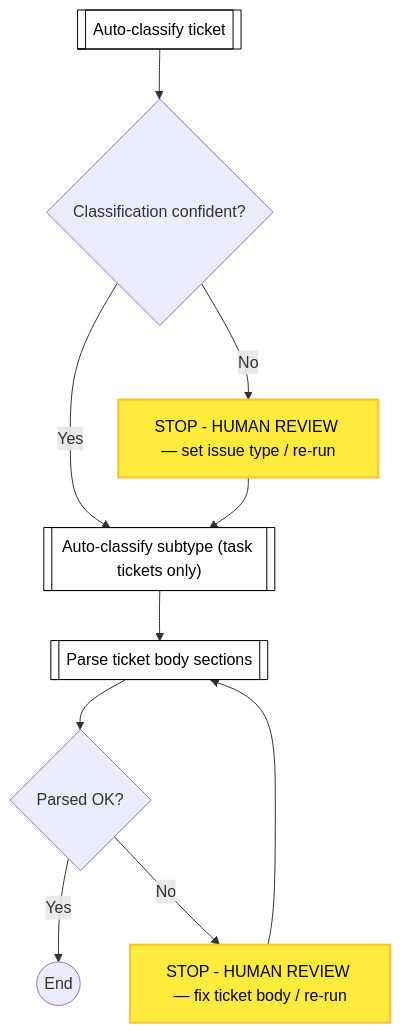
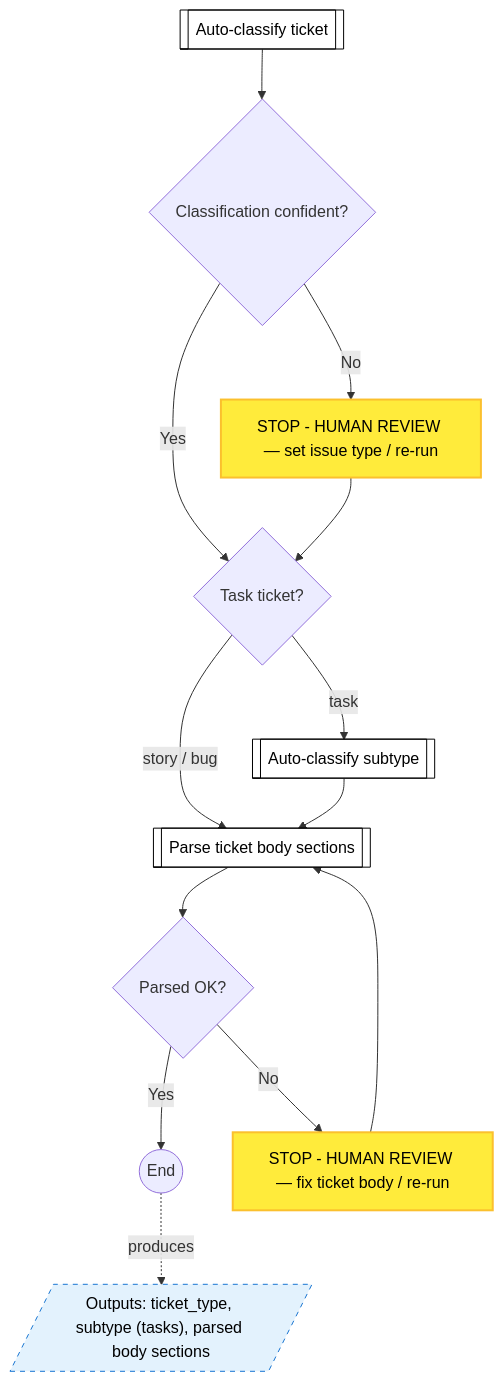
The second of 12 diagrams in docs/process-diagram.md (optivem/gh-optivem), drawn with Mermaid before and after one commit. The commit also changed 5 other files, not shown here.

Commit message:
atdd: make intake's task-vs-behavioral branch explicit (GATE_NEEDS_SUBTYPE) and add subprocess outputs annotation

````diff
--- a/docs/process-diagram.md
+++ b/docs/process-diagram.md
@@ -35,27 +35,35 @@
 ```mermaid
 flowchart TD
     CLASSIFY[[Auto-classify ticket]]
-    CLASSIFY_SUBTYPE[["Auto-classify subtype (task tickets only)"]]
+    CLASSIFY_SUBTYPE[[Auto-classify subtype]]
     GATE_CLASSIFY_CONFIDENT{Classification confident?}
+    GATE_NEEDS_SUBTYPE{Task ticket?}
     GATE_PARSE_OK{Parsed OK?}
     INTAKE_END((End))
+    INTAKE_OUTPUTS[/"Outputs: ticket_type, subtype (tasks), parsed body sections"/]
     PARSE_BODY[[Parse ticket body sections]]
     STOP_CLASSIFY_CONFLICT[STOP - HUMAN REVIEW — set issue type / re-run]
     STOP_PARSE_ERROR[STOP - HUMAN REVIEW — fix ticket body / re-run]
 
     CLASSIFY --> GATE_CLASSIFY_CONFIDENT
-    GATE_CLASSIFY_CONFIDENT -- Yes --> CLASSIFY_SUBTYPE
+    GATE_CLASSIFY_CONFIDENT -- Yes --> GATE_NEEDS_SUBTYPE
     GATE_CLASSIFY_CONFIDENT -- No --> STOP_CLASSIFY_CONFLICT
-    STOP_CLASSIFY_CONFLICT --> CLASSIFY_SUBTYPE
+    STOP_CLASSIFY_CONFLICT --> GATE_NEEDS_SUBTYPE
+    GATE_NEEDS_SUBTYPE -- task --> CLASSIFY_SUBTYPE
+    GATE_NEEDS_SUBTYPE -- story / bug --> PARSE_BODY
     CLASSIFY_SUBTYPE --> PARSE_BODY
     PARSE_BODY --> GATE_PARSE_OK
     GATE_PARSE_OK -- Yes --> INTAKE_END
     GATE_PARSE_OK -- No --> STOP_PARSE_ERROR
     STOP_PARSE_ERROR --> PARSE_BODY
+    INTAKE_END -. produces .-> INTAKE_OUTPUTS
 
     classDef serviceNode fill:#ffffff,stroke:#000000,stroke-width:1px,color:#000000
     class CLASSIFY,CLASSIFY_SUBTYPE,PARSE_BODY serviceNode
 
     classDef humanNode fill:#ffeb3b,stroke:#fbc02d,stroke-width:2px,color:#000000
     class STOP_CLASSIFY_CONFLICT,STOP_PARSE_ERROR humanNode
+
+    classDef outputNode fill:#e3f2fd,stroke:#1976d2,stroke-width:1px,color:#000000,stroke-dasharray:5 5
+    class INTAKE_OUTPUTS outputNode
 ```
````
